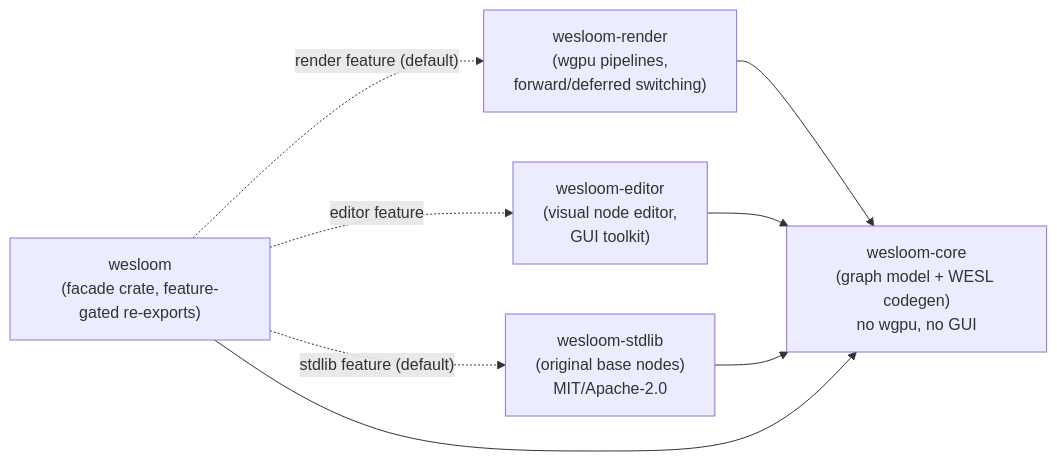
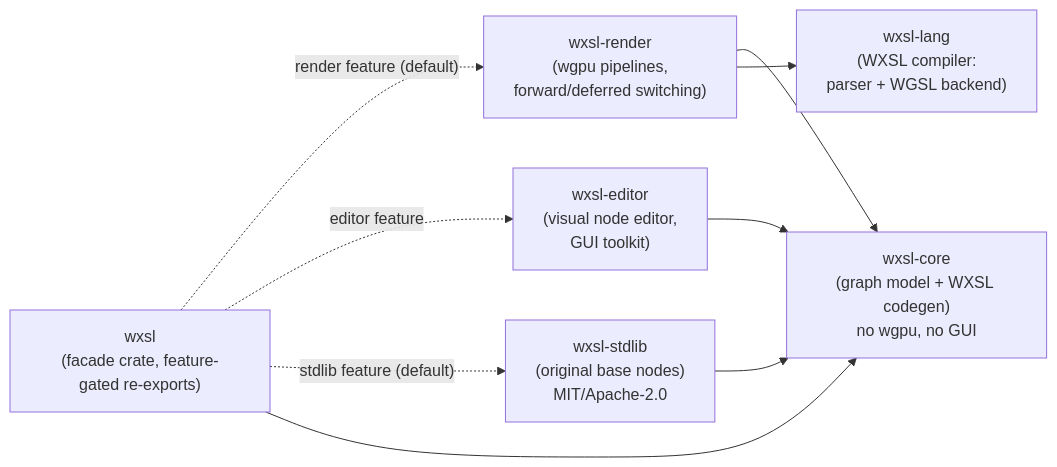
Before and after one commit to lapiequichante/wesloom: the first of 2 diagrams in docs/architecture.md, drawn with Mermaid. The commit also changed other lines of this file and 148 other files, not shown here.

````diff
--- a/docs/architecture.md
+++ b/docs/architecture.md
@@ -20,16 +20,18 @@
 ```mermaid
 graph LR
-    core["wesloom-core<br/>(graph model + WESL codegen)<br/>no wgpu, no GUI"]
-    render["wesloom-render<br/>(wgpu pipelines,<br/>forward/deferred switching)"]
-    editor["wesloom-editor<br/>(visual node editor,<br/>GUI toolkit)"]
-    stdlib["wesloom-stdlib<br/>(original base nodes)<br/>MIT/Apache-2.0"]
-    facade["wesloom<br/>(facade crate, feature-gated re-exports)"]
+    core["wxsl-core<br/>(graph model + WXSL codegen)<br/>no wgpu, no GUI"]
+    lang["wxsl-lang<br/>(WXSL compiler:<br/>parser + WGSL backend)"]
+    render["wxsl-render<br/>(wgpu pipelines,<br/>forward/deferred switching)"]
+    editor["wxsl-editor<br/>(visual node editor,<br/>GUI toolkit)"]
+    stdlib["wxsl-stdlib<br/>(original base nodes)<br/>MIT/Apache-2.0"]
+    facade["wxsl<br/>(facade crate, feature-gated re-exports)"]
 
     render --> core
+    render --> lang
     editor --> core
     stdlib --> core
     facade -. "render feature (default)" .-> render
     facade -. "editor feature" .-> editor
     facade -. "stdlib feature (default)" .-> stdlib
     facade --> core
 ```
````
